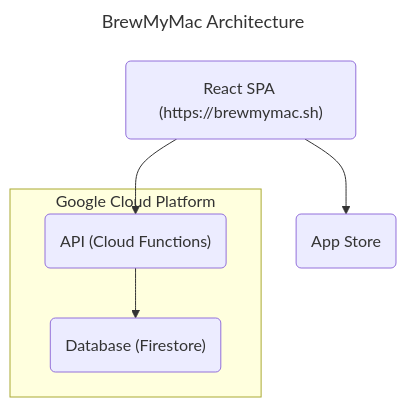
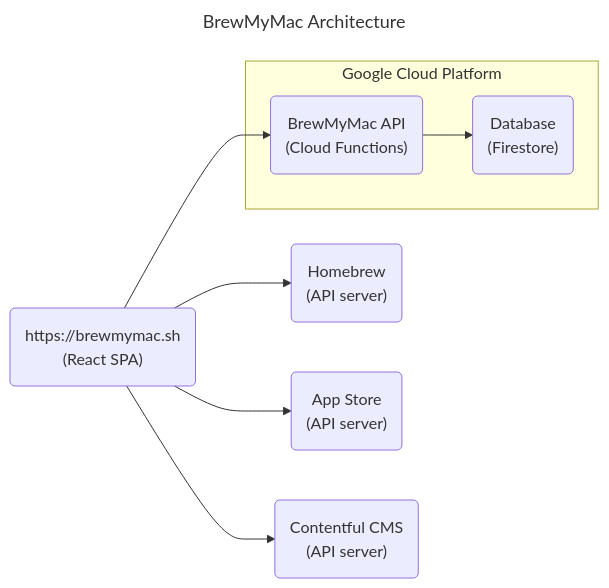
Before and after one commit to ayltai/brewmymac.sh: the diagram in README.md, drawn with Mermaid. The commit also changed other lines of this file and 46 other files, not shown here.

````diff
--- a/README.md
+++ b/README.md
@@ -26,15 +33,19 @@
 ```mermaid
 ---
 title: BrewMyMac Architecture
 ---
-flowchart
+flowchart LR
   subgraph gcp [Google Cloud Platform]
-    functions("API (Cloud Functions)")
-    firestore("Database (Firestore)")
+    functions("BrewMyMac API\n(Cloud Functions)")
+    firestore("Database\n(Firestore)")
   end
-  appstore("App Store")
-  react("React SPA (https://brewmymac.sh)")
+  homebrew("Homebrew\n(API server)")
+  appstore("App Store\n(API server)")
+  contentful("Contentful CMS\n(API server)")
+  react("https://brewmymac.sh\n(React SPA)")
   react --> functions
+  react --> homebrew
   react --> appstore
+  react --> contentful
   functions --> firestore
 ```
````
